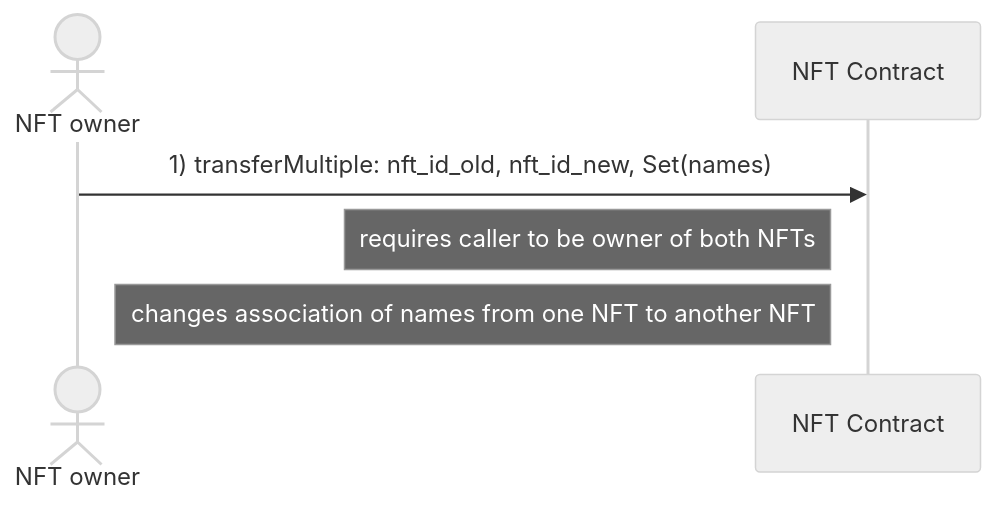
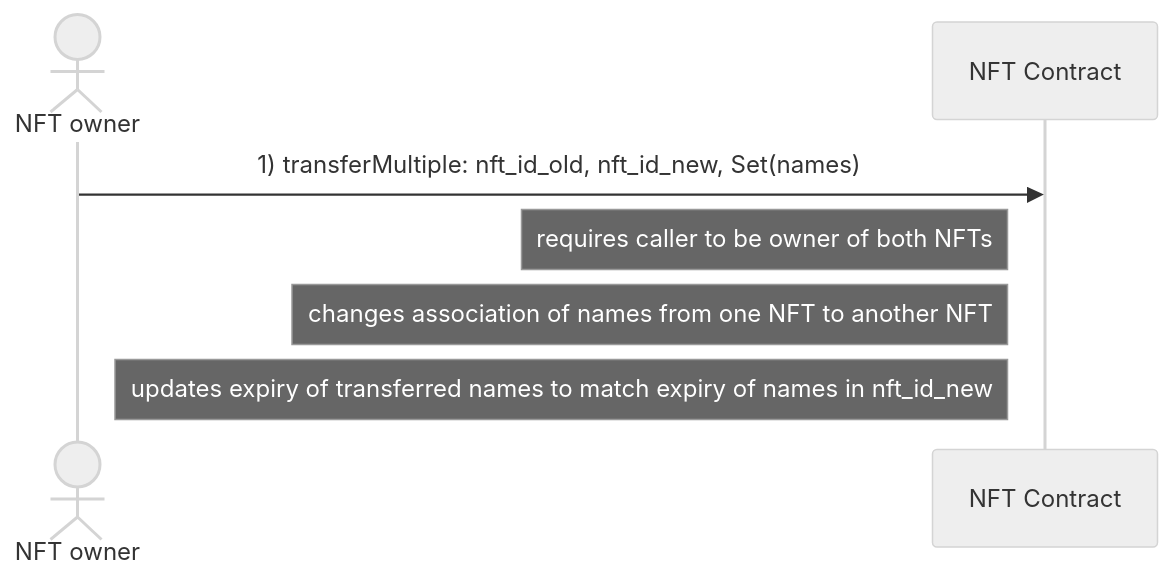
One commit to marc0olo/aens-nfts changed the second of 3 diagrams in docs/diagrams/transfer_aens_names.md. Above: the diagram before and after it, drawn with Mermaid (neutral theme). The commit also changed other lines of this file and 5 other files, not shown here.

````diff
--- a/docs/diagrams/transfer_aens_names.md
+++ b/docs/diagrams/transfer_aens_names.md
@@ -15,7 +16,8 @@
 ```mermaid
 sequenceDiagram
     actor NFT owner
     NFT owner ->> NFT Contract: 1) transferMultiple: nft_id_old, nft_id_new, Set(names)
     Note left of NFT Contract: requires caller to be owner of both NFTs
     Note left of NFT Contract: changes association of names from one NFT to another NFT
+    Note left of NFT Contract: updates expiry of transferred names to match expiry of names in nft_id_new
 ```
````
